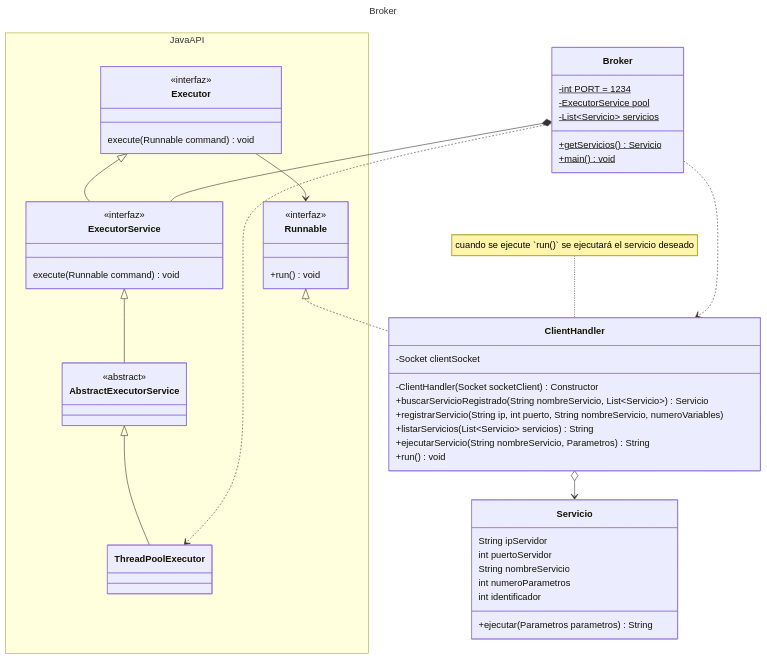
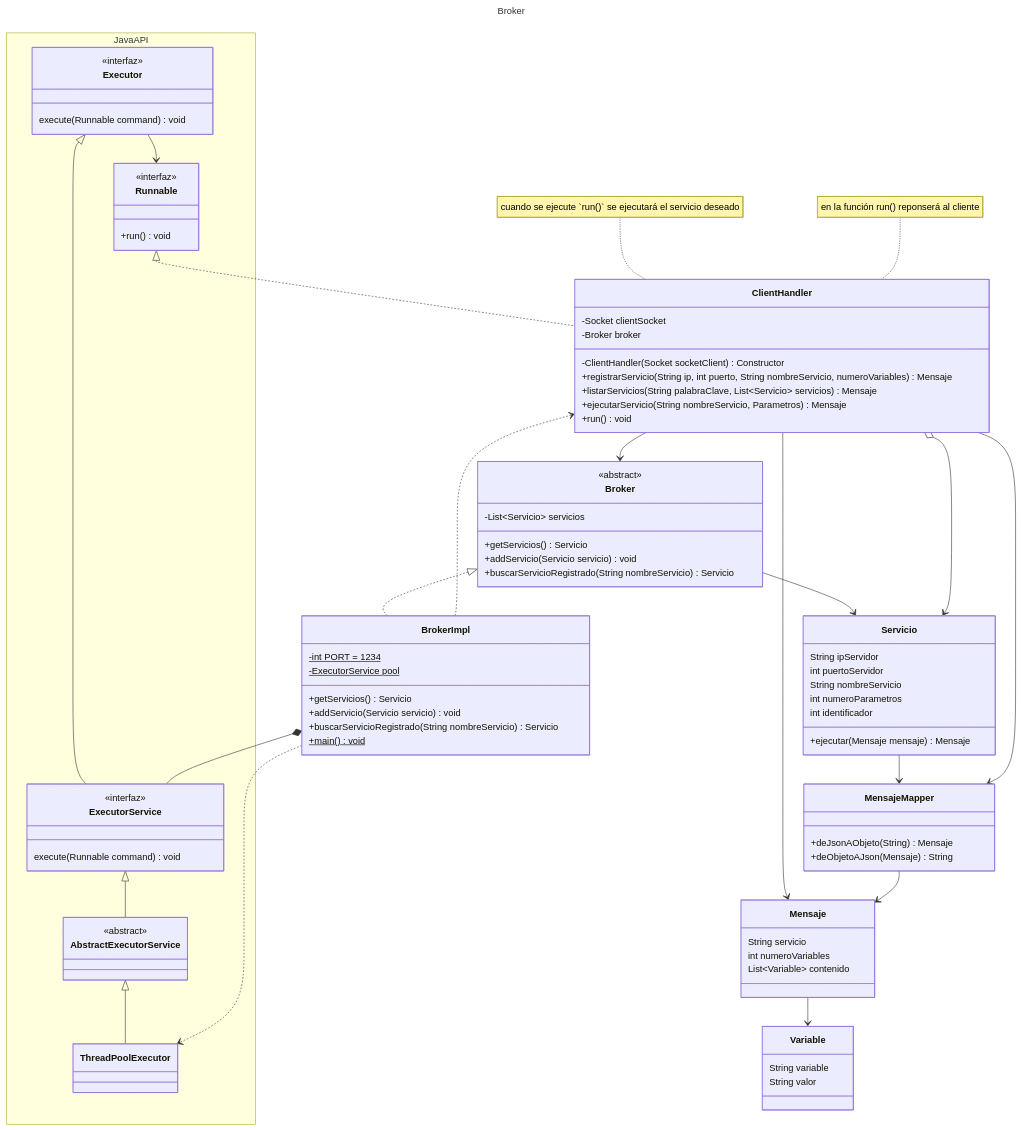
Before and after one commit to soy-russ-bp/software-architecture: the diagram in tareas/ADA8/docs/class_diagram/broker/broker_class_diagram.md, drawn with Mermaid. The commit also changed 5 other files, not shown here.

First line of the commit message:
docs(ADA8): :memo: actualiza diagrama de clases de broker y servidor

````diff
--- a/tareas/ADA8/docs/class_diagram/broker/broker_class_diagram.md
+++ b/tareas/ADA8/docs/class_diagram/broker/broker_class_diagram.md
@@ -7,6 +7,7 @@
 ---
 title: Broker
 ---
+
 classDiagram
 
 namespace JavaAPI{
@@ -43,36 +44,72 @@
     <<abstract>>
 }
 
-Broker *-- ExecutorService
-Broker ..> ClientHandler
-Broker ..> ThreadPoolExecutor
-class Broker{
+BrokerImpl *-- ExecutorService
+BrokerImpl ..> ClientHandler
+BrokerImpl ..> ThreadPoolExecutor
+Broker <|.. BrokerImpl
+Broker --> Servicio
+class BrokerImpl{
     -int PORT = 1234 $
     -ExecutorService pool $
-    -List~Servicio~ servicios $
-    +getServicios() Servicio$
+    +getServicios() Servicio
+    +addServicio(Servicio servicio) void
+    +buscarServicioRegistrado(String nombreServicio) Servicio
     +main() void$
 }
-
-Runnable <|.. ClientHandler
-ClientHandler o--> Servicio
-note for ClientHandler "cuando se ejecute `run()` se ejecutará el servicio deseado"
-class ClientHandler{
-    -Socket clientSocket
-    -ClientHandler(Socket socketClient) Constructor
-    +buscarServicioRegistrado(String nombreServicio, List~Servicio~) Servicio
-    +registrarServicio(String ip, int puerto, String nombreServicio, numeroVariables)
-    +listarServicios(List~Servicio~ servicios) String
-    +ejecutarServicio(String nombreServicio, Parametros) String
-    +run() void
+class Broker{
+    <<abstract>>
+    -List~Servicio~ servicios 
+    +getServicios() Servicio
+    +addServicio(Servicio servicio) void
+    +buscarServicioRegistrado(String nombreServicio) Servicio
 }
 
+Servicio --> MensajeMapper
 class Servicio{
     String ipServidor
     int puertoServidor
     String nombreServicio
     int numeroParametros
     int identificador
-    +ejecutar(Parametros parametros) String
+    +ejecutar(Mensaje mensaje) Mensaje
+}
+
+Runnable <|.. ClientHandler
+ClientHandler o--> Servicio
+ClientHandler --> MensajeMapper
+ClientHandler --> Mensaje
+ClientHandler --> Broker
+note for ClientHandler "cuando se ejecute `run()` se ejecutará el servicio deseado"
+note for ClientHandler "en la función run() reponserá al cliente"
+class ClientHandler{
+    -Socket clientSocket
+    -Broker broker
+    -ClientHandler(Socket socketClient) Constructor
+    +registrarServicio(String ip, int puerto, String nombreServicio, numeroVariables) Mensaje
+    +listarServicios(String palabraClave, List~Servicio~ servicios) Mensaje
+    +ejecutarServicio(String nombreServicio, Parametros) Mensaje
+    +run() void
+}
+
+
+
+
+Mensaje --> Variable
+class Mensaje{
+    String servicio
+    int numeroVariables
+    List~Variable~ contenido
+}
+
+class Variable{
+    String variable
+    String valor
+}
+
+MensajeMapper --> Mensaje
+class MensajeMapper{
+    +deJsonAObjeto(String) Mensaje
+    +deObjetoAJson(Mensaje) String
 }
 ```
````
